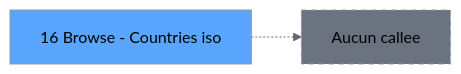
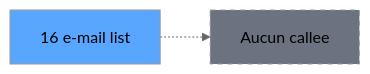
Before and after one commit to thonyAGP/magic-migration: the third of 3 diagrams in .openspec/specs/ADH-IDE-16.md, drawn with Mermaid (neutral theme). The commit also changed other lines of this file and 311 other files, not shown here.

````diff
--- a/.openspec/specs/ADH-IDE-16.md
+++ b/.openspec/specs/ADH-IDE-16.md
@@ -872,8 +126,8 @@
 ```mermaid
 graph LR
-    T16[16 Browse - Countries iso]
+    T16[16 e-mail list]
     style T16 fill:#58a6ff
     NONE[Aucun callee]
     T16 -.-> NONE
     style NONE fill:#6b7280,stroke-dasharray: 5 5
 ```
````
